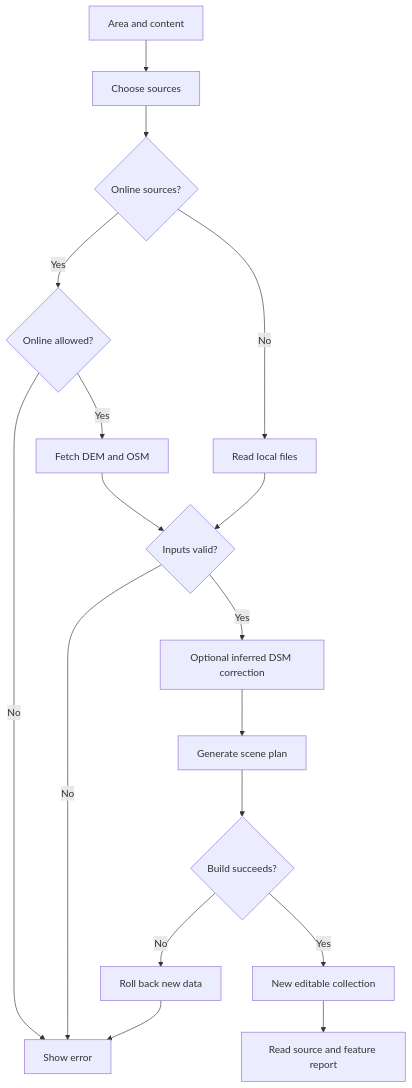
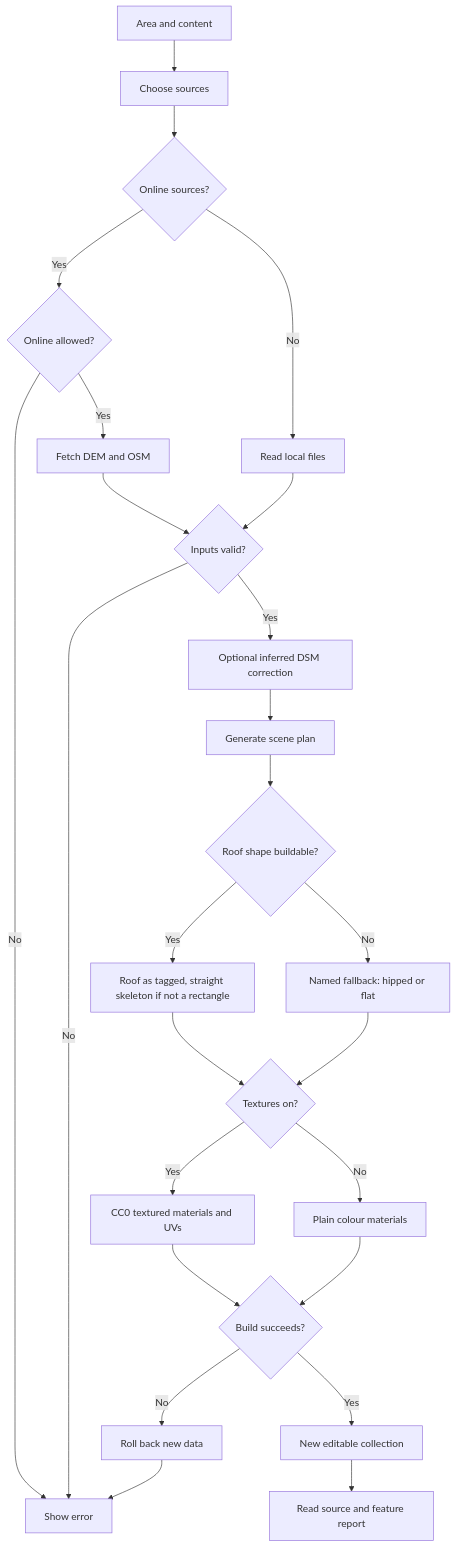
The diagram in docs/flows/generate.md (lingshf/map-builder), drawn with Mermaid before and after one commit. The commit also changed other lines of this file and 50 other files, not shown here.

Commit message:
REL-v0.4.0: release candidate (version 0.4.0, CHANGELOG, release notes, demo, flows)

````diff
--- a/docs/flows/generate.md
+++ b/docs/flows/generate.md
@@ -7,19 +11,27 @@
 ```mermaid
 flowchart TD
   A[Area and content] --> B[Choose sources]
   B --> C{Online sources?}
   C -->|Yes| D{Online allowed?}
   D -->|No| E[Show error]
   D -->|Yes| F[Fetch DEM and OSM]
   C -->|No| G[Read local files]
   F --> H{Inputs valid?}
   G --> H
   H -->|No| E
   H -->|Yes| N[Optional inferred DSM correction]
   N --> I[Generate scene plan]
-  I --> J{Build succeeds?}
+  I --> R{Roof shape buildable?}
+  R -->|Yes| S[Roof as tagged, straight skeleton if not a rectangle]
+  R -->|No| U[Named fallback: hipped or flat]
+  S --> V{Textures on?}
+  U --> V
+  V -->|Yes| W[CC0 textured materials and UVs]
+  V -->|No| X[Plain colour materials]
+  W --> J{Build succeeds?}
+  X --> J
   J -->|No| K[Roll back new data]
   K --> E
   J -->|Yes| L[New editable collection]
   L --> M[Read source and feature report]
 ```
````
